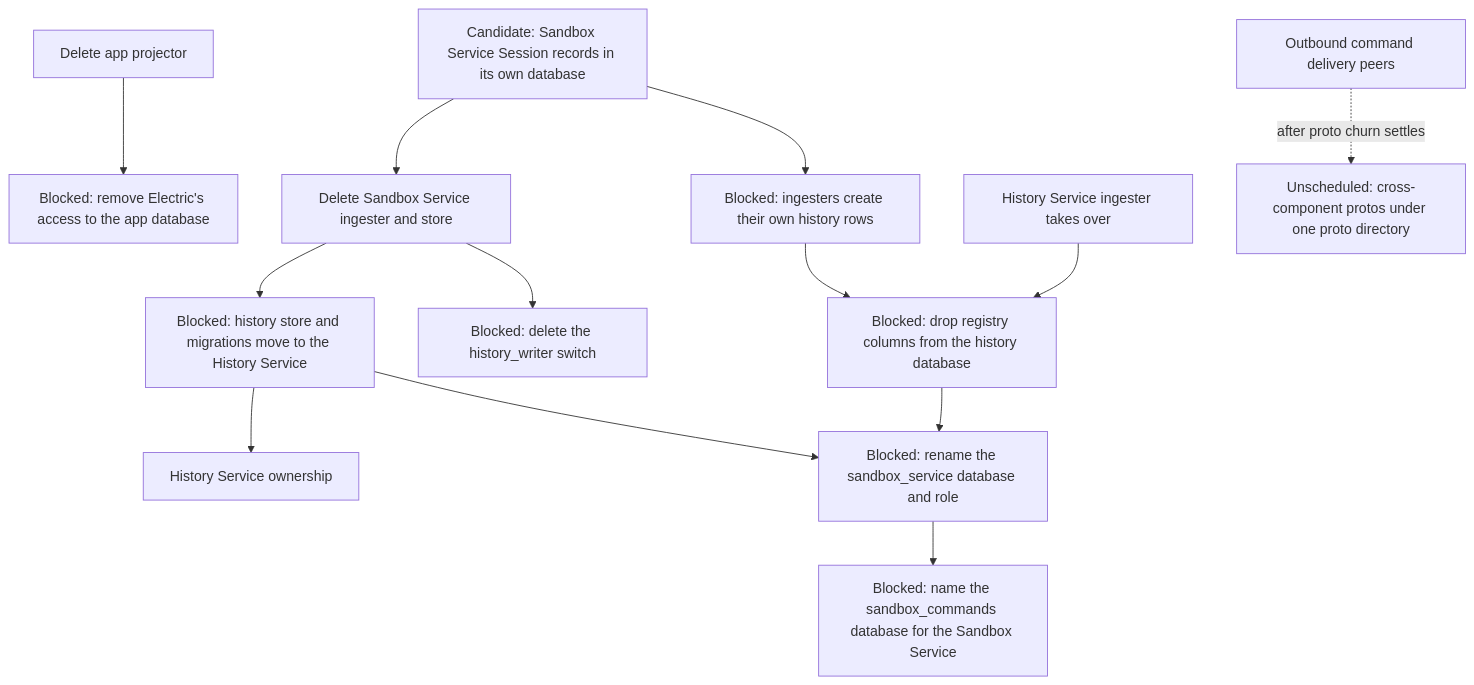
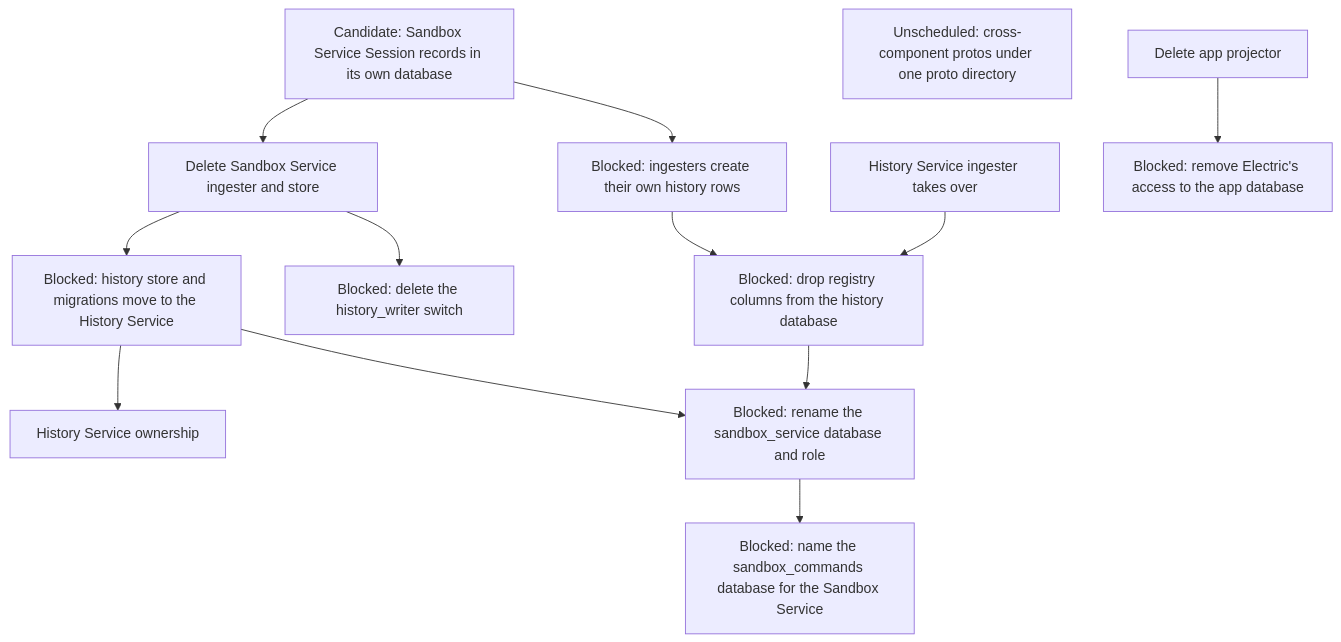
One commit to agentydragon-agent/ducktape changed the tenth of 11 diagrams in agentplane/plans/task_dag.md. Above: the diagram before and after it, drawn with Mermaid. The commit also changed other lines of this file and 12 other files, not shown here.

First line of the commit message:
agentplane/runner: dial the Sandbox Service over the runner channel (#9808)

````diff
--- a/agentplane/plans/task_dag.md
+++ b/agentplane/plans/task_dag.md
@@ -895,29 +883,27 @@
 ```mermaid
 flowchart TD
     SESSION_REGISTRY_MOVE[Candidate: Sandbox Service Session records in its own database]
     SESSION_HISTORY_ROW_FROM_FEED[Blocked: ingesters create their own history rows]
     HISTORY_SESSION_COLUMNS_DROP[Blocked: drop registry columns from the history database]
     HISTORY_STORE_MOVE[Blocked: history store and migrations move to the History Service]
     HISTORY_WRITER_SWITCH_RETIRE[Blocked: delete the history_writer switch]
     HISTORY_DATABASE_RENAME[Blocked: rename the sandbox_service database and role]
     SANDBOX_DATABASE_RENAME[Blocked: name the sandbox_commands database for the Sandbox Service]
     APP_ELECTRIC_RETIRE[Blocked: remove Electric's access to the app database]
     PROTO_DIRECTORY[Unscheduled: cross-component protos under one proto directory]
-    RUNNER_OUTBOUND_CHANNEL[Outbound command delivery peers]
     HISTORY_WRITE_HANDOFF[History Service ingester takes over]
     SANDBOX_LOCAL_HISTORY_RETIRE[Delete Sandbox Service ingester and store]
     APP_PROJECTOR_RETIRE[Delete app projector]
     HISTORY_SERVICE_OWNERSHIP[History Service ownership]
     SESSION_REGISTRY_MOVE --> SANDBOX_LOCAL_HISTORY_RETIRE
     SESSION_REGISTRY_MOVE --> SESSION_HISTORY_ROW_FROM_FEED
     SESSION_HISTORY_ROW_FROM_FEED --> HISTORY_SESSION_COLUMNS_DROP
     HISTORY_WRITE_HANDOFF --> HISTORY_SESSION_COLUMNS_DROP
     SANDBOX_LOCAL_HISTORY_RETIRE --> HISTORY_STORE_MOVE
     SANDBOX_LOCAL_HISTORY_RETIRE --> HISTORY_WRITER_SWITCH_RETIRE
     HISTORY_STORE_MOVE --> HISTORY_SERVICE_OWNERSHIP
     HISTORY_STORE_MOVE --> HISTORY_DATABASE_RENAME
     HISTORY_SESSION_COLUMNS_DROP --> HISTORY_DATABASE_RENAME
     HISTORY_DATABASE_RENAME --> SANDBOX_DATABASE_RENAME
     APP_PROJECTOR_RETIRE --> APP_ELECTRIC_RETIRE
-    RUNNER_OUTBOUND_CHANNEL -. after proto churn settles .-> PROTO_DIRECTORY
 ```
````
